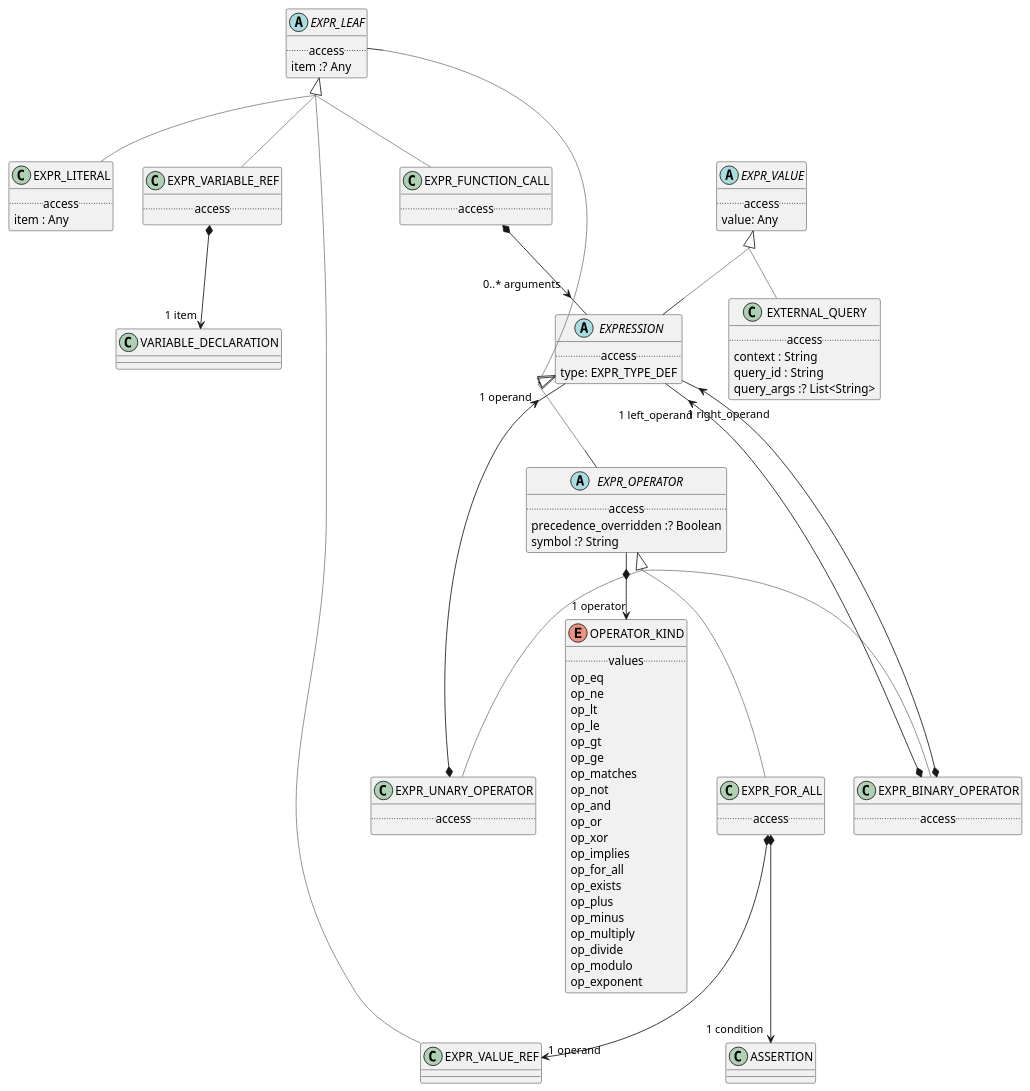
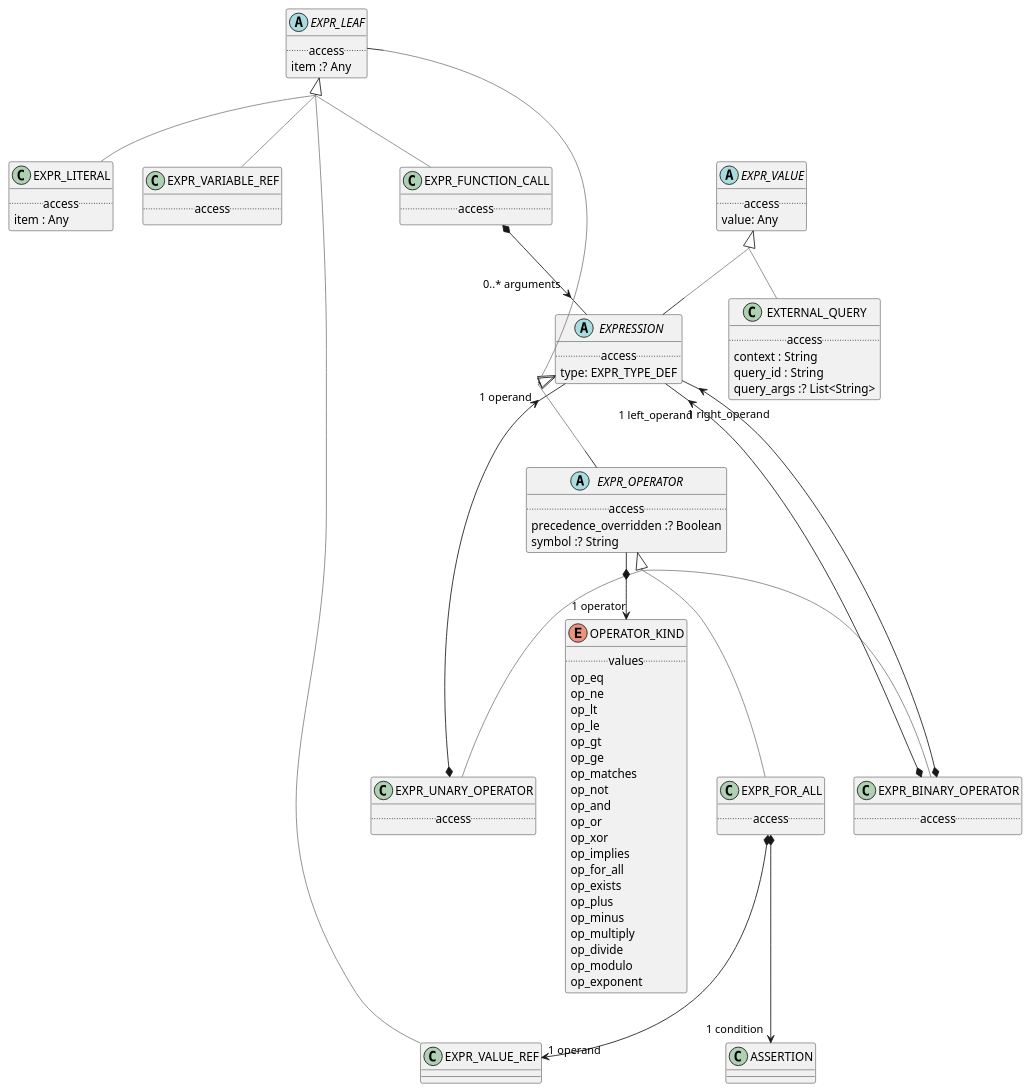
Before and after one commit to wolandscat/openehr-doc: the diagram in modules/ROOT/examples/bmm/languages/bel/expression/expression-package-uml.adoc, drawn with PlantUML. The commit also changed 541 other files, not shown here.

Commit message:
Regen with override markers, and override relations removed from UML.

```diff
--- a/modules/ROOT/examples/bmm/languages/bel/expression/expression-package-uml.adoc
+++ b/modules/ROOT/examples/bmm/languages/bel/expression/expression-package-uml.adoc
@@ -10,7 +10,7 @@
         .. access ..
 }
 
-EXPR_UNARY_OPERATOR -[#gray]up-|> EXPR_OPERATOR  
+EXPR_UNARY_OPERATOR -[#gray]up-|> EXPR_OPERATOR
 
 
 EXPR_UNARY_OPERATOR *--> "1 operand" EXPRESSION
@@ -20,7 +20,7 @@
         item : Any
 }
 
-EXPR_LITERAL -[#gray]up-|> EXPR_LEAF  
+EXPR_LITERAL -[#gray]up-|> EXPR_LEAF
 
 
 enum OPERATOR_KIND [[/openehr-doc/latest/languages/bel-gen.html#_class_operator_kind]] {
@@ -51,16 +51,14 @@
         .. access ..
 }
 
-EXPR_VARIABLE_REF -[#gray]up-|> EXPR_LEAF  
+EXPR_VARIABLE_REF -[#gray]up-|> EXPR_LEAF
 
-
-EXPR_VARIABLE_REF *--> "1 item" VARIABLE_DECLARATION
 
 class EXPR_FOR_ALL [[/openehr-doc/latest/languages/bel-gen.html#_class_expr_for_all]] {
         .. access ..
 }
 
-EXPR_FOR_ALL -[#gray]up-|> EXPR_OPERATOR  
+EXPR_FOR_ALL -[#gray]up-|> EXPR_OPERATOR
 
 
 EXPR_FOR_ALL *--> "1 condition" ASSERTION
@@ -77,7 +75,7 @@
         type: EXPR_TYPE_DEF
 }
 
-EXPRESSION -[#gray]up-|> EXPR_VALUE  
+EXPRESSION -[#gray]up-|> EXPR_VALUE
 
 
 abstract class EXPR_LEAF [[/openehr-doc/latest/languages/bel-gen.html#_class_expr_leaf]] {
@@ -85,7 +83,7 @@
         item :? Any
 }
 
-EXPR_LEAF -[#gray]up-|> EXPRESSION  
+EXPR_LEAF -[#gray]up-|> EXPRESSION
 
 
 abstract class EXPR_OPERATOR [[/openehr-doc/latest/languages/bel-gen.html#_class_expr_operator]] {
@@ -94,7 +92,7 @@
         symbol :? String
 }
 
-EXPR_OPERATOR -[#gray]up-|> EXPRESSION  
+EXPR_OPERATOR -[#gray]up-|> EXPRESSION
 
 
 EXPR_OPERATOR *--> "1 operator" OPERATOR_KIND
@@ -103,7 +101,7 @@
         .. access ..
 }
 
-EXPR_BINARY_OPERATOR -[#gray]up-|> EXPR_OPERATOR  
+EXPR_BINARY_OPERATOR -[#gray]up-|> EXPR_OPERATOR
 
 
 EXPR_BINARY_OPERATOR *--> "1 left_operand" EXPRESSION
@@ -117,20 +115,20 @@
         query_args :? List<String>
 }
 
-EXTERNAL_QUERY -[#gray]up-|> EXPR_VALUE  
+EXTERNAL_QUERY -[#gray]up-|> EXPR_VALUE
 
 
 class EXPR_VALUE_REF [[/openehr-doc/latest/languages/bel-gen.html#_class_expr_value_ref]] {
 }
 
-EXPR_VALUE_REF -[#gray]up-|> EXPR_LEAF  
+EXPR_VALUE_REF -[#gray]up-|> EXPR_LEAF
 
 
 class EXPR_FUNCTION_CALL [[/openehr-doc/latest/languages/bel-gen.html#_class_expr_function_call]] {
         .. access ..
 }
 
-EXPR_FUNCTION_CALL -[#gray]up-|> EXPR_LEAF  
+EXPR_FUNCTION_CALL -[#gray]up-|> EXPR_LEAF
 
 
 EXPR_FUNCTION_CALL *--> "0..* arguments" EXPRESSION
```
